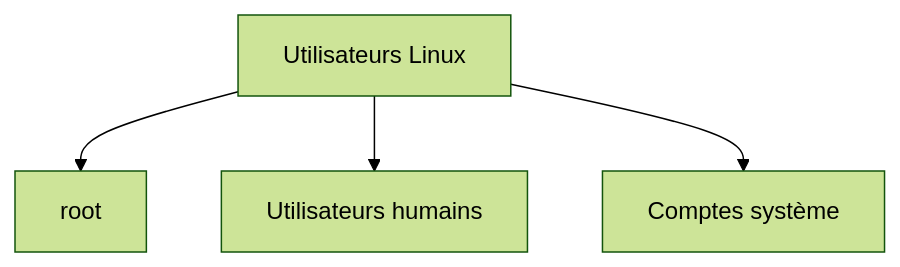
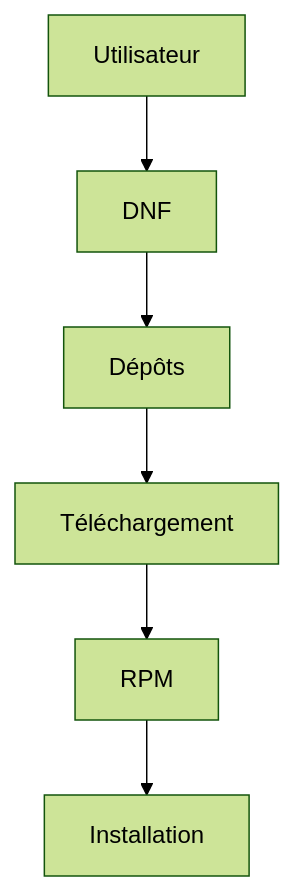
The third of 20 diagrams in campagne 1/1.5.md (tdelaclos/formations), drawn with Mermaid (forest theme) before and after one commit. The commit also changed other lines of this file, not shown here.

````diff
--- a/campagne 1/1.5.md
+++ b/campagne 1/1.5.md
@@ -117,11 +181,21 @@
 ```mermaid
 flowchart TD
 
-Users["Utilisateurs Linux"]
+A["Utilisateur"]
 
-Users --> Root["root"]
+B["DNF"]
 
-Users --> Humans["Utilisateurs humains"]
+C["Dépôts"]
 
-Users --> Services["Comptes système"]
+D["Téléchargement"]
+
+E["RPM"]
+
+F["Installation"]
+
+A --> B
+B --> C
+C --> D
+D --> E
+E --> F
 ```
````
